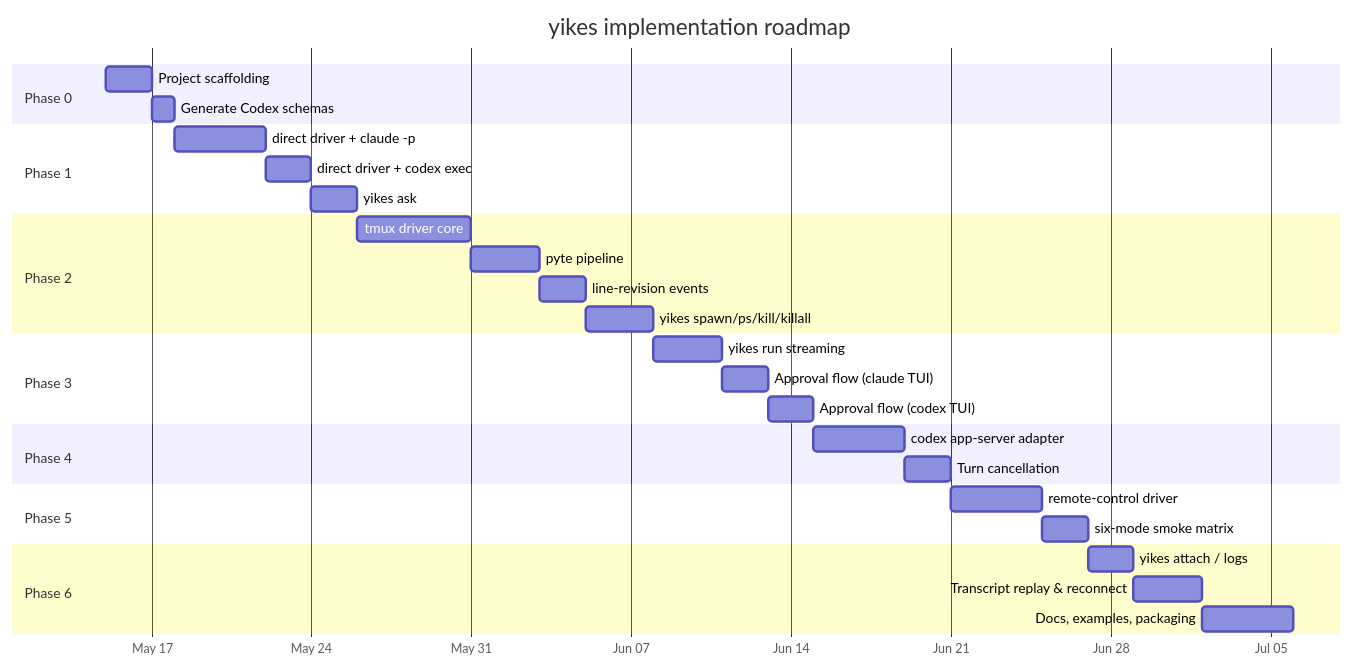
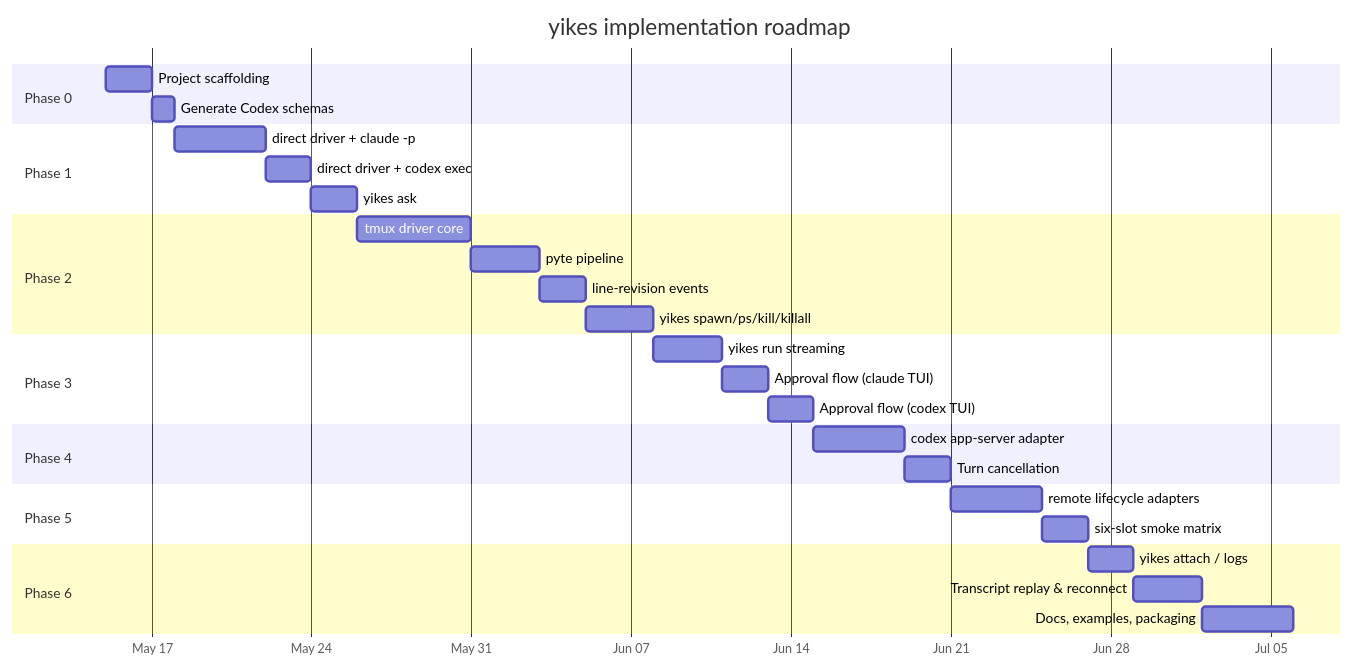
One commit to Alyxion/yikes changed the diagram in docs/roadmap.md. Above: the diagram before and after it, drawn with Mermaid. The commit also changed other lines of this file and 27 other files, not shown here.

````diff
--- a/docs/roadmap.md
+++ b/docs/roadmap.md
@@ -7,32 +7,32 @@
 ```mermaid
 gantt
     title yikes implementation roadmap
     dateFormat YYYY-MM-DD
     axisFormat %b %d
     section Phase 0
     Project scaffolding           :p0a, 2026-05-15, 2d
     Generate Codex schemas        :p0b, after p0a, 1d
     section Phase 1
     direct driver + claude -p     :p1a, after p0b, 4d
     direct driver + codex exec    :p1b, after p1a, 2d
     yikes ask                     :p1c, after p1b, 2d
     section Phase 2
     tmux driver core              :p2a, after p1c, 5d
     pyte pipeline                 :p2b, after p2a, 3d
     line-revision events          :p2c, after p2b, 2d
     yikes spawn/ps/kill/killall   :p2d, after p2c, 3d
     section Phase 3
     yikes run streaming           :p3a, after p2d, 3d
     Approval flow (claude TUI)    :p3b, after p3a, 2d
     Approval flow (codex TUI)     :p3c, after p3b, 2d
     section Phase 4
     codex app-server adapter      :p4a, after p3c, 4d
     Turn cancellation             :p4b, after p4a, 2d
     section Phase 5
-    remote-control driver         :p5a, after p4b, 4d
-    six-mode smoke matrix         :p5b, after p5a, 2d
+    remote lifecycle adapters     :p5a, after p4b, 4d
+    six-slot smoke matrix         :p5b, after p5a, 2d
     section Phase 6
     yikes attach / logs           :p6a, after p5b, 2d
     Transcript replay & reconnect :p6b, after p6a, 3d
     Docs, examples, packaging     :p6c, after p6b, 4d
 ```
````
